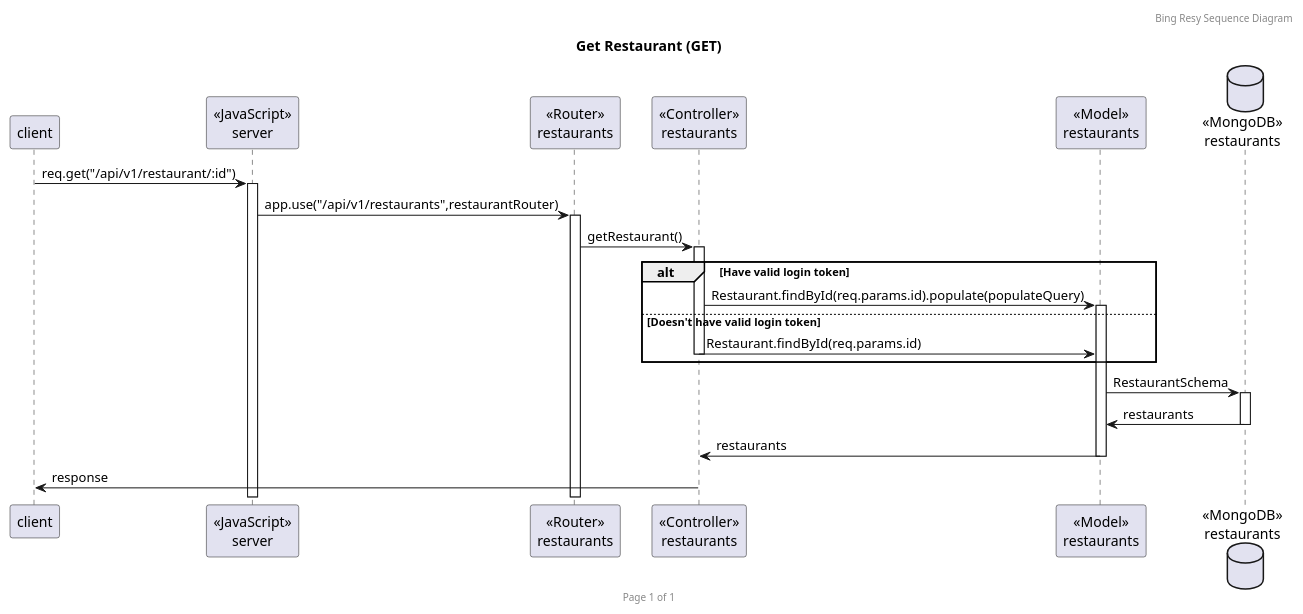
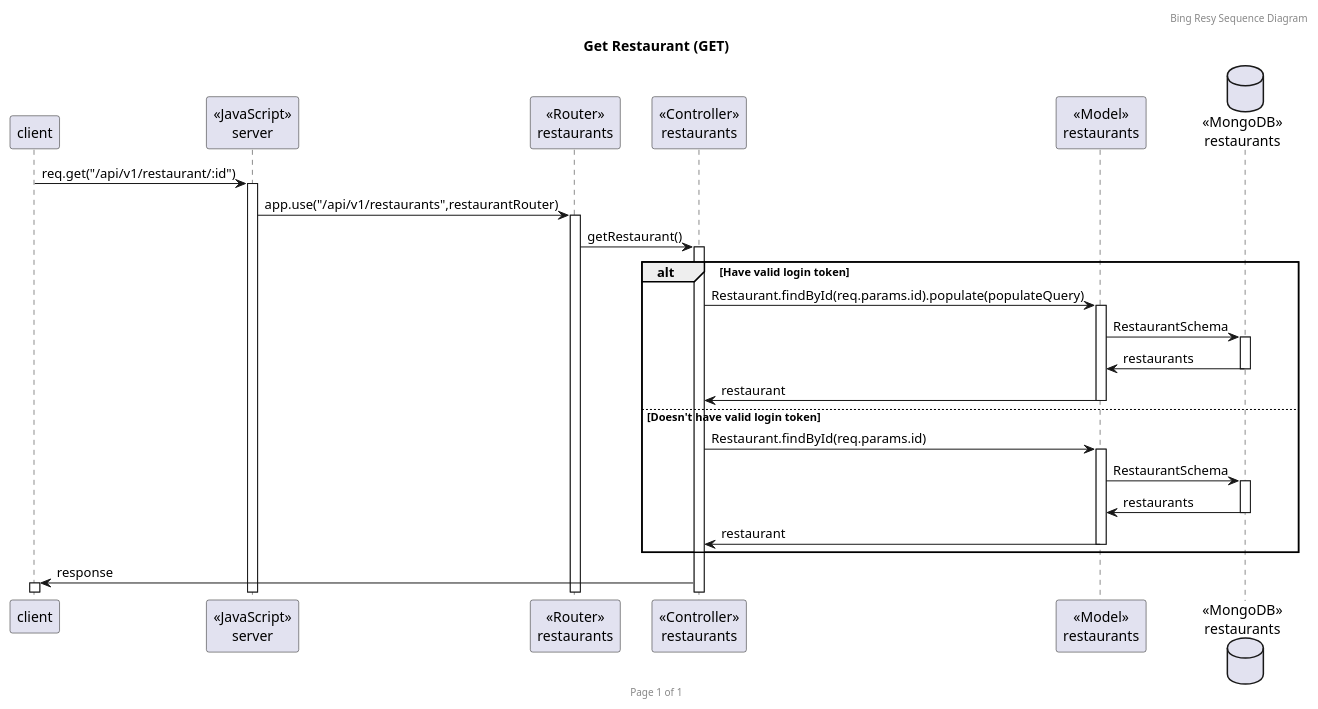
The diagram in PUMLs/restaurants/getRestaurant.puml (NewBieCoderXD/SW_backend_project), drawn with PlantUML before and after one commit. The commit also changed 5 other files, not shown here.

```diff
--- a/PUMLs/restaurants/getRestaurant.puml
+++ b/PUMLs/restaurants/getRestaurant.puml
@@ -1,27 +1,30 @@
 @startuml
 
 header Bing Resy Sequence Diagram
 footer Page %page% of %lastpage%
 title "Get Restaurant (GET)"
 
 participant "client" as client
 participant "<<JavaScript>>\nserver" as server
 participant "<<Router>>\nrestaurants" as restaurantsRouter
 participant "<<Controller>>\nrestaurants" as restaurantsController
 participant "<<Model>>\nrestaurants" as restaurantsModel
 database "<<MongoDB>>\nrestaurants" as restaurantsDatabase
 
 client -> server ++: req.get("/api/v1/restaurant/:id")
 server -> restaurantsRouter ++: app.use("/api/v1/restaurants",restaurantRouter)
 restaurantsRouter -> restaurantsController ++: getRestaurant()
 alt Have valid login token
     restaurantsController -> restaurantsModel ++: Restaurant.findById(req.params.id).populate(populateQuery)
+    restaurantsModel -> restaurantsDatabase ++:RestaurantSchema
+    restaurantsDatabase -> restaurantsModel --:restaurants
+    restaurantsModel -> restaurantsController --:restaurant
 else Doesn't have valid login token
-    restaurantsController -> restaurantsModel --: Restaurant.findById(req.params.id)
+    restaurantsController -> restaurantsModel ++: Restaurant.findById(req.params.id)
+    restaurantsModel -> restaurantsDatabase ++:RestaurantSchema
+    restaurantsDatabase -> restaurantsModel --:restaurants
+    restaurantsModel -> restaurantsController --:restaurant
 end
-restaurantsModel -> restaurantsDatabase ++:RestaurantSchema
-restaurantsDatabase -> restaurantsModel --:restaurants
-restaurantsModel -> restaurantsController --:restaurants
-restaurantsController -> client --:response
+restaurantsController -> client ++:response
 
 @enduml
```
